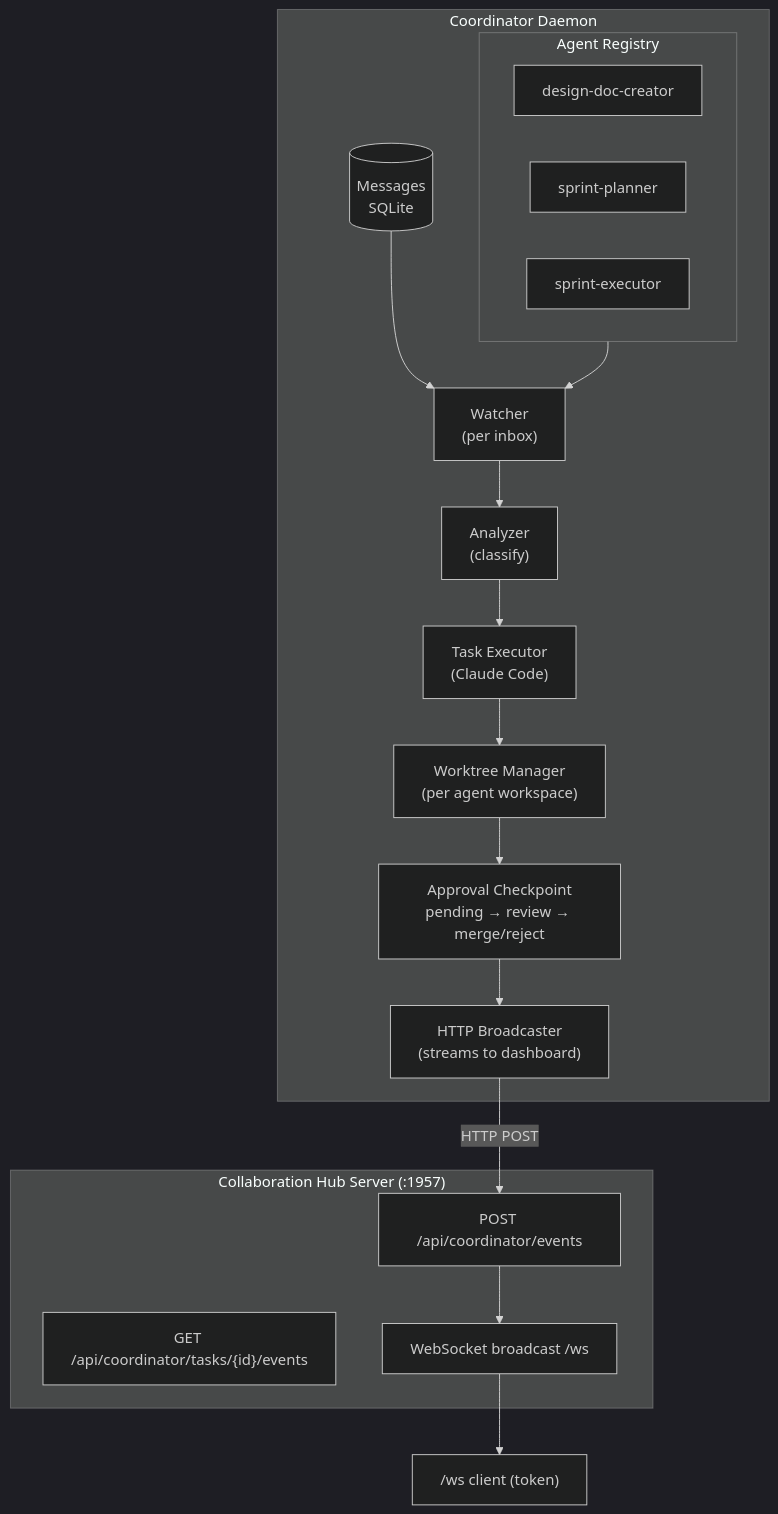
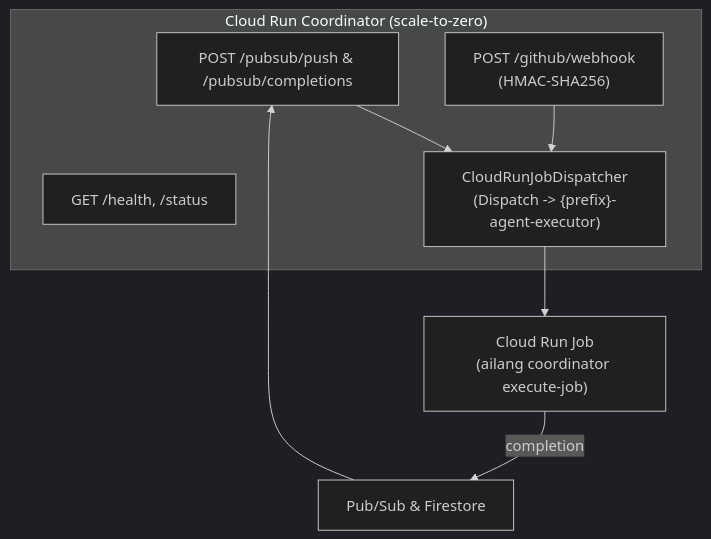
Before and after one commit to sunholo-data/ailang: the fourth of 4 diagrams in docs/docs/guides/coordinator.md, drawn with Mermaid (dark theme). The commit also changed other lines of this file and 53 other files, not shown here.

````diff
--- a/docs/docs/guides/coordinator.md
+++ b/docs/docs/guides/coordinator.md
@@ -914,38 +118,14 @@
 ```mermaid
 flowchart TB
-    subgraph Daemon["Coordinator Daemon"]
-        subgraph Registry["Agent Registry"]
-            DDC2["design-doc-creator"]
-            SP2["sprint-planner"]
-            SE2["sprint-executor"]
-        end
-
-        Watcher["Watcher<br/>(per inbox)"]
-        Analyzer["Analyzer<br/>(classify)"]
-        Executor["Task Executor<br/>(Claude Code)"]
-        Messages[("Messages<br/>SQLite")]
-        Worktree["Worktree Manager<br/>(per agent workspace)"]
-        Approval["Approval Checkpoint<br/>pending → review → merge/reject"]
-        Broadcaster["HTTP Broadcaster<br/>(streams to dashboard)"]
-
-        Registry --> Watcher
-        Messages --> Watcher
-        Watcher --> Analyzer
-        Analyzer --> Executor
-        Executor --> Worktree
-        Worktree --> Approval
-        Approval --> Broadcaster
+    subgraph CR["Cloud Run Coordinator (scale-to-zero)"]
+        Health["GET /health, /status"]
+        Push["POST /pubsub/push & /pubsub/completions"]
+        Hook["POST /github/webhook\n(HMAC-SHA256)"]
+        Disp["CloudRunJobDispatcher\n(Dispatch -> {prefix}-agent-executor)"]
+        Push --> Disp
+        Hook --> Disp
     end
-
-    subgraph Server["Collaboration Hub Server (:1957)"]
-        Events["POST /api/coordinator/events"]
-        TaskEvents["GET /api/coordinator/tasks/{id}/events"]
-        WS["WebSocket broadcast /ws"]
-    end
-
-    WSClient["/ws client (token)"]
-
-    Broadcaster -->|"HTTP POST"| Events
-    Events --> WS
-    WS --> WSClient
+    Disp --> Job["Cloud Run Job\n(ailang coordinator execute-job)"]
+    Job -->|"completion"| PubSub["Pub/Sub & Firestore"]
+    PubSub --> Push
 ```
````
